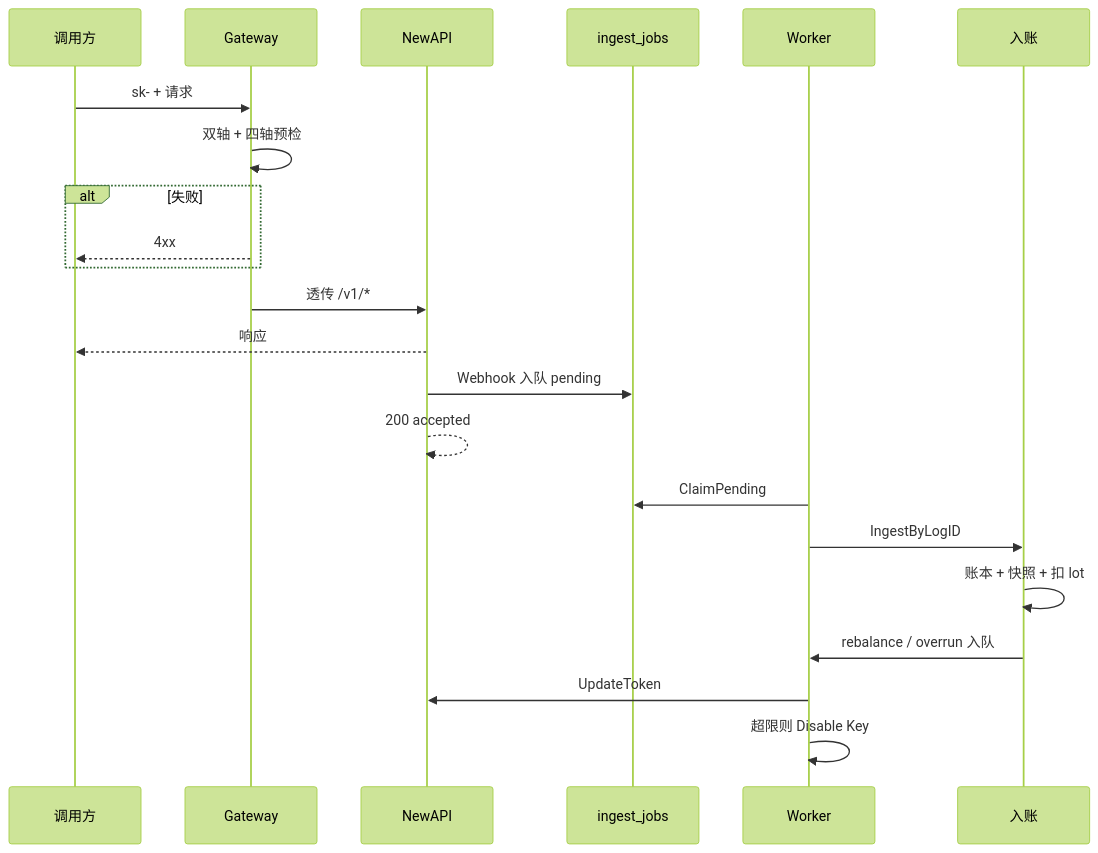
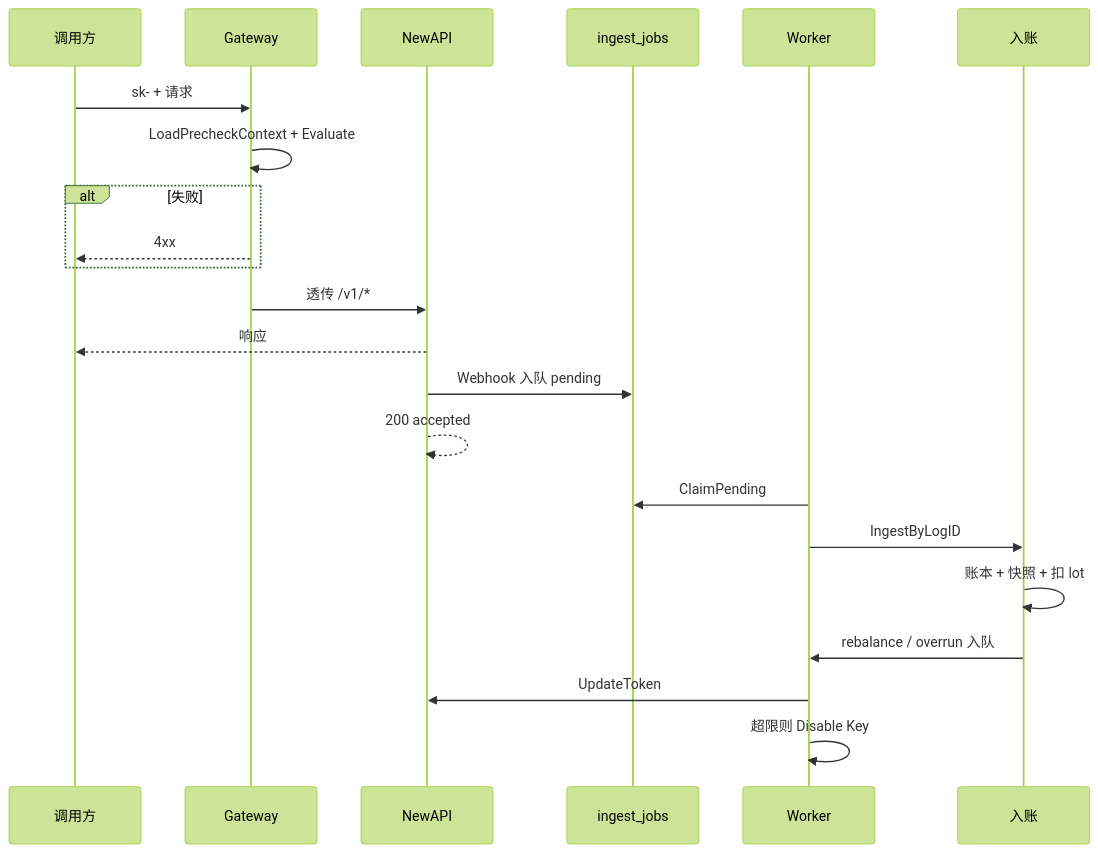
The fifth of 10 diagrams in docs/Backend-预算.md (quyip8818/mytokenjoy), drawn with Mermaid (forest theme) before and after one commit. The commit also changed other lines of this file and 40 other files, not shown here.

First line of the commit message:
feat(gateway): Phase 1 precheck via single LoadPrecheckContext + Evaluate

````diff
--- a/docs/Backend-预算.md
+++ b/docs/Backend-预算.md
@@ -201,25 +201,25 @@
 ```mermaid
 sequenceDiagram
   participant C as 调用方
   participant GW as Gateway
   participant NA as NewAPI
   participant Q as ingest_jobs
   participant W as Worker
   participant ING as 入账
 
   C->>GW: sk- + 请求
-  GW->>GW: 双轴 + 四轴预检
+  GW->>GW: LoadPrecheckContext + Evaluate
   alt 失败
     GW-->>C: 4xx
   end
   GW->>NA: 透传 /v1/*
   NA-->>C: 响应
   NA->>Q: Webhook 入队 pending
   NA-->>NA: 200 accepted
   W->>Q: ClaimPending
   W->>ING: IngestByLogID
   ING->>ING: 账本 + 快照 + 扣 lot
   ING->>W: rebalance / overrun 入队
   W->>NA: UpdateToken
   W->>W: 超限则 Disable Key
 ```
````
